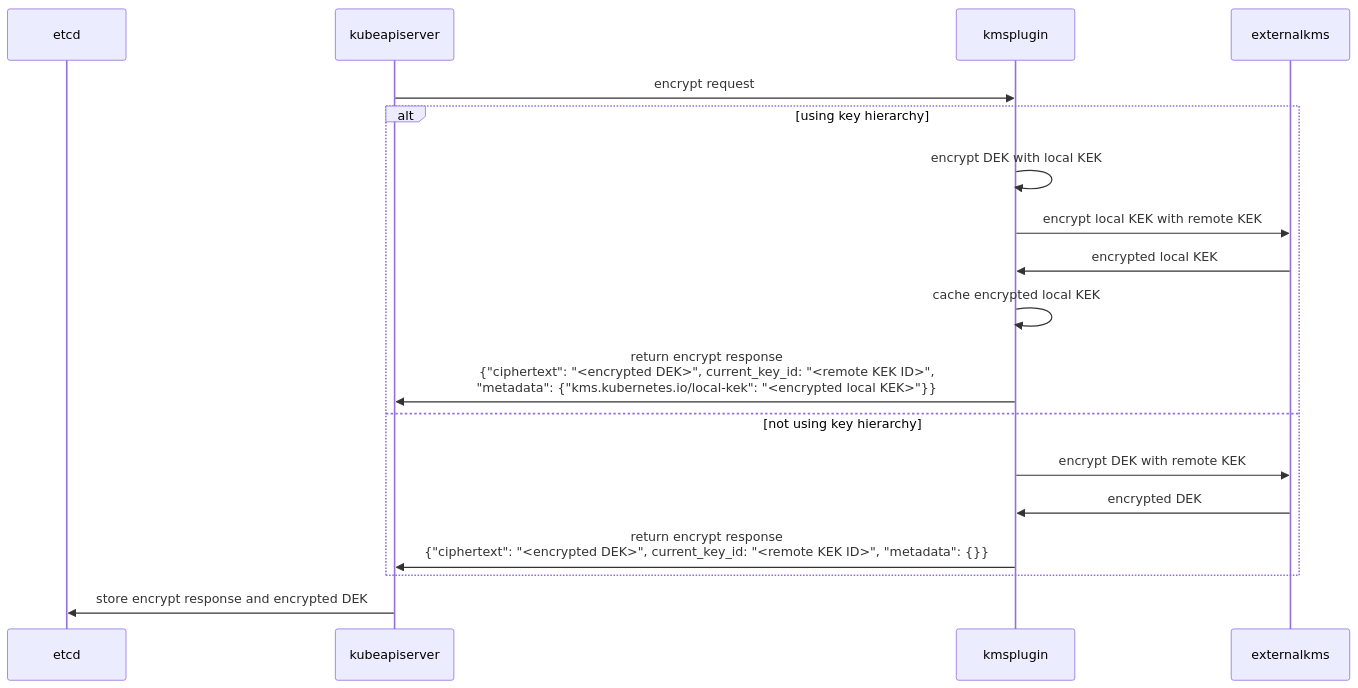
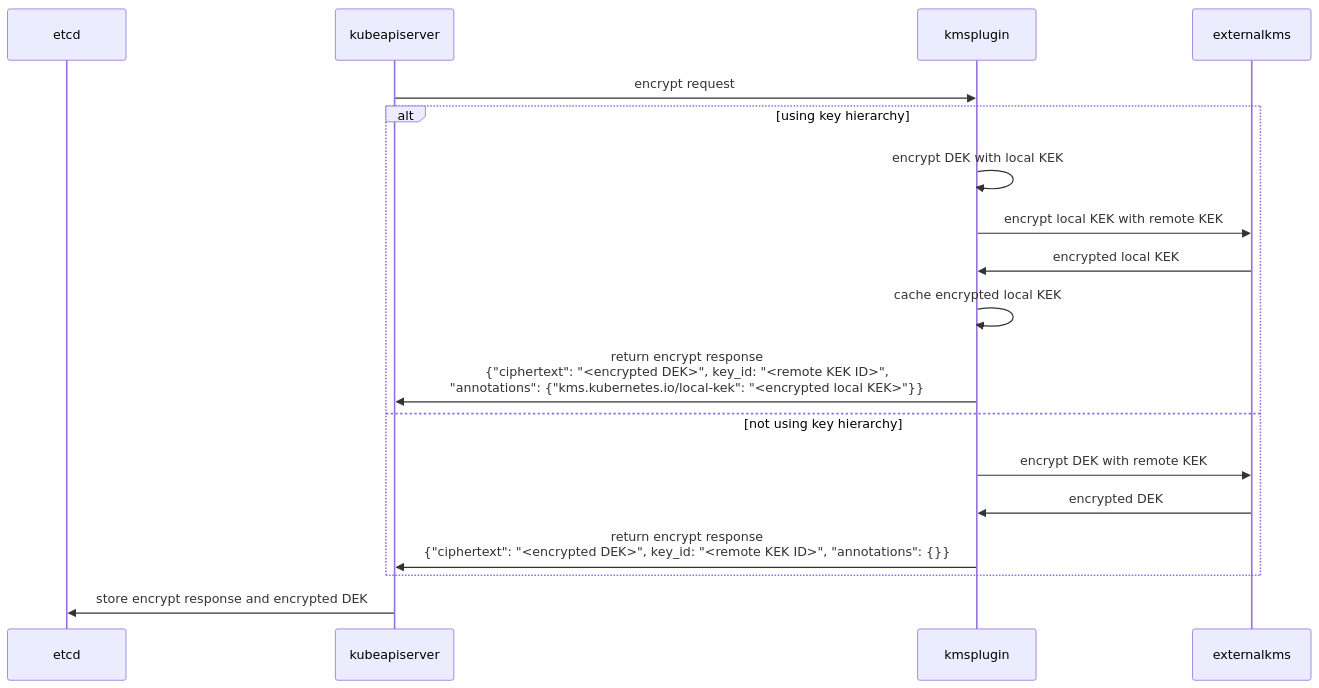
One commit to kubernetes/enhancements changed the first of 2 diagrams in keps/sig-auth/3299-kms-v2-improvements/README.md. Above: the diagram before and after it, drawn with Mermaid. The commit also changed other lines of this file, not shown here.

````diff
--- a/keps/sig-auth/3299-kms-v2-improvements/README.md
+++ b/keps/sig-auth/3299-kms-v2-improvements/README.md
@@ -297,21 +297,21 @@
 ```mermaid
 sequenceDiagram
     participant etcd
     participant kubeapiserver
     participant kmsplugin
     participant externalkms
     kubeapiserver->>kmsplugin: encrypt request
     alt using key hierarchy
         kmsplugin->>kmsplugin: encrypt DEK with local KEK
         kmsplugin->>externalkms: encrypt local KEK with remote KEK
         externalkms->>kmsplugin: encrypted local KEK
         kmsplugin->>kmsplugin: cache encrypted local KEK
-        kmsplugin->>kubeapiserver: return encrypt response <br/> {"ciphertext": "<encrypted DEK>", current_key_id: "<remote KEK ID>", <br/> "metadata": {"kms.kubernetes.io/local-kek": "<encrypted local KEK>"}}
+        kmsplugin->>kubeapiserver: return encrypt response <br/> {"ciphertext": "<encrypted DEK>", key_id: "<remote KEK ID>", <br/> "annotations": {"kms.kubernetes.io/local-kek": "<encrypted local KEK>"}}
     else not using key hierarchy
         %% current behavior
         kmsplugin->>externalkms: encrypt DEK with remote KEK
         externalkms->>kmsplugin: encrypted DEK
-        kmsplugin->>kubeapiserver: return encrypt response <br/> {"ciphertext": "<encrypted DEK>", current_key_id: "<remote KEK ID>", "metadata": {}}
+        kmsplugin->>kubeapiserver: return encrypt response <br/> {"ciphertext": "<encrypted DEK>", key_id: "<remote KEK ID>", "annotations": {}}
     end
     kubeapiserver->>etcd: store encrypt response and encrypted DEK
 ```
````
